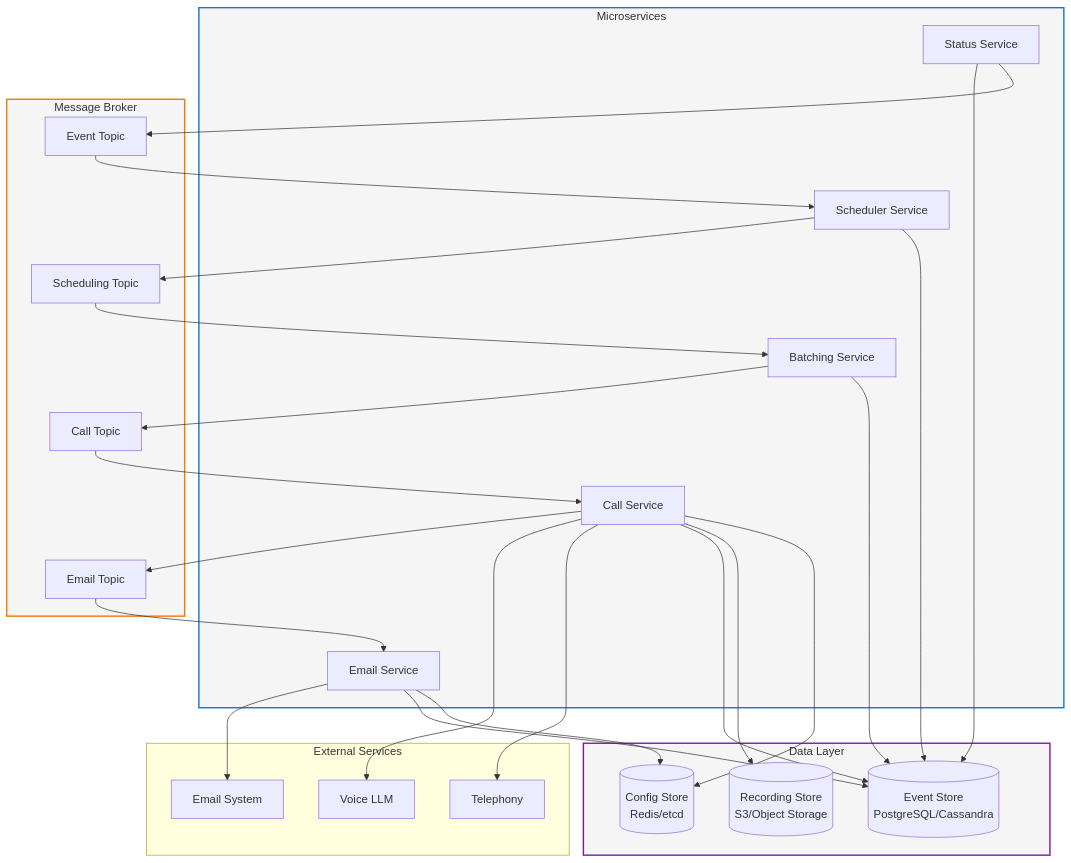
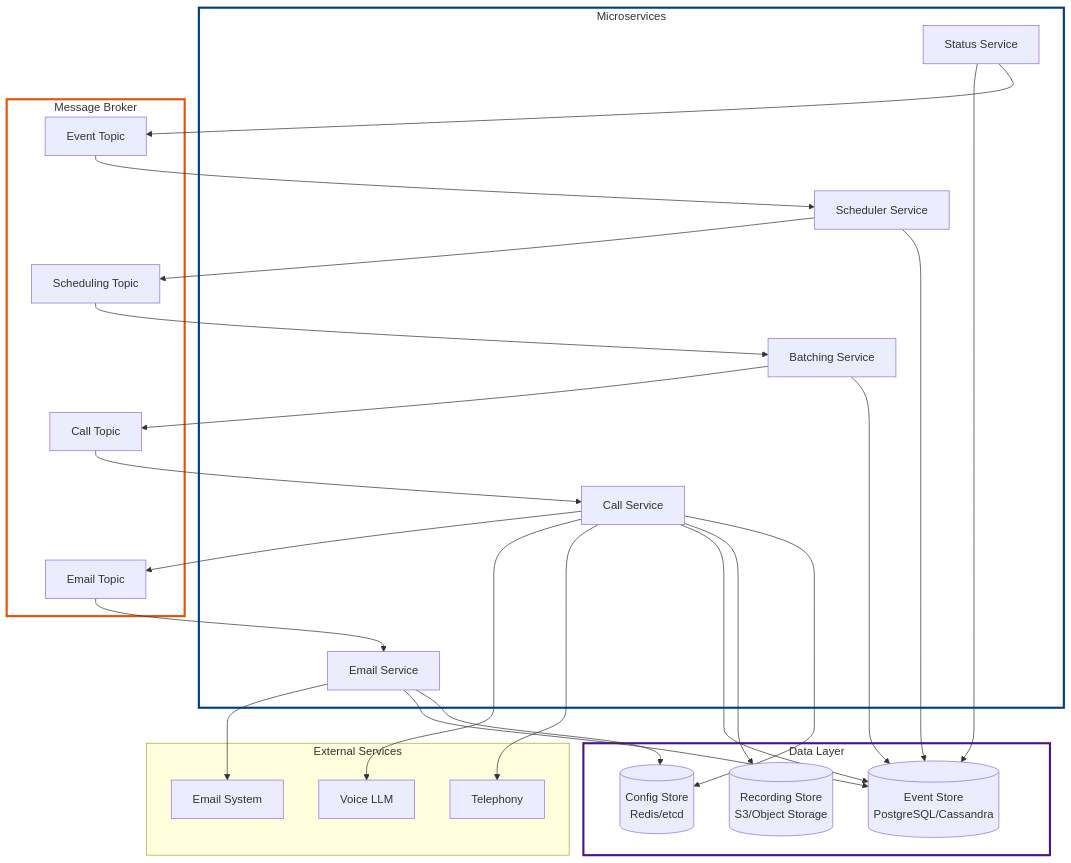
Before and after one commit to Org-for-Folio-AI/FolioAISpecs: the third of 3 diagrams in design/Technical-Architecture-HLD.md, drawn with Mermaid. The commit also changed other lines of this file and 11 other files, not shown here.

First line of the commit message:
Improve mermaid diagrams: increase font size, darker colors, thicker strokes

````diff
--- a/design/Technical-Architecture-HLD.md
+++ b/design/Technical-Architecture-HLD.md
@@ -198,57 +200,58 @@
 ```mermaid
+%%{init: {'fontSize': 18, 'fontFamily': 'arial'}}%%
 graph TB
     subgraph Services["Microservices"]
         SchedulerSvc["Scheduler Service"]
         BatcherSvc["Batching Service"]
         CallSvc["Call Service"]
         EmailSvc["Email Service"]
         StatusSvc["Status Service"]
     end
 
     subgraph MessageBroker["Message Broker"]
         SchedTopic["Scheduling Topic"]
         CallTopic["Call Topic"]
         EmailTopic["Email Topic"]
         EventTopic["Event Topic"]
     end
 
     subgraph DataLayer["Data Layer"]
         EventDB[(Event Store<br/>PostgreSQL/Cassandra)]
         RecordDB[(Recording Store<br/>S3/Object Storage)]
         ConfigDB[(Config Store<br/>Redis/etcd)]
     end
 
     subgraph External["External Services"]
         VoiceLLM[Voice LLM]
         Telephony[Telephony]
         EmailSys[Email System]
     end
 
     SchedulerSvc --> SchedTopic
     SchedTopic --> BatcherSvc
     BatcherSvc --> CallTopic
     CallTopic --> CallSvc
     CallSvc --> EmailTopic
     EmailTopic --> EmailSvc
 
     CallSvc --> VoiceLLM
     CallSvc --> Telephony
     EmailSvc --> EmailSys
 
     SchedulerSvc --> EventDB
     BatcherSvc --> EventDB
     CallSvc --> EventDB
     EmailSvc --> EventDB
     StatusSvc --> EventDB
 
     CallSvc --> RecordDB
     CallSvc --> ConfigDB
     EmailSvc --> ConfigDB
 
     StatusSvc --> EventTopic
     EventTopic --> SchedulerSvc
 
-    style Services stroke:#1976d2,fill:#f5f5f5,stroke-width:2px
-    style MessageBroker stroke:#f57c00,fill:#f5f5f5,stroke-width:2px
-    style DataLayer stroke:#7b1fa2,fill:#f5f5f5,stroke-width:2px
+    style Services stroke:#003d82,fill:#ffffff,stroke-width:3px,font-size:16px
+    style MessageBroker stroke:#e65100,fill:#ffffff,stroke-width:3px,font-size:16px
+    style DataLayer stroke:#4a148c,fill:#ffffff,stroke-width:3px,font-size:16px
 ```
````
